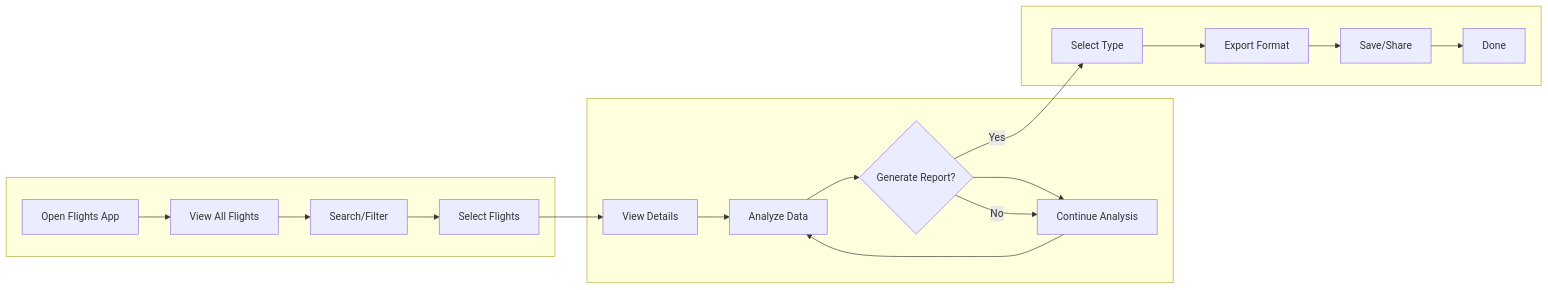
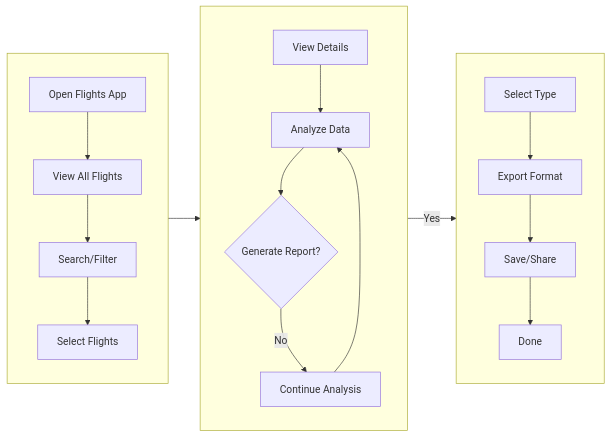
The tenth of 10 diagrams in docs/SEN3781_Assignment4_Information_Architecture_Report.md (RoundRobinHood/cogniflight-cloud), drawn with Mermaid before and after one commit. The commit also changed other lines of this file, not shown here.

Commit message:
improved diagram readability

````diff
--- a/docs/SEN3781_Assignment4_Information_Architecture_Report.md
+++ b/docs/SEN3781_Assignment4_Information_Architecture_Report.md
@@ -478,16 +523,24 @@
 ```mermaid
 flowchart LR
     subgraph row1[" "]
-        A[Open Flights App] --> B[View All Flights] --> C[Search/Filter] --> D[Select Flights]
+        direction TB
+        A[Open Flights App] --> B[View All Flights]
+        B --> C[Search/Filter]
+        C --> D[Select Flights]
     end
     subgraph row2[" "]
-        E[View Details] --> F[Analyze Data] --> G{Generate Report?} --> J[Continue Analysis]
+        direction TB
+        E[View Details] --> F[Analyze Data]
+        F --> G{Generate Report?}
+        G -->|No| J[Continue Analysis]
     end
     subgraph row3[" "]
-        H[Select Type] --> I[Export Format] --> K[Save/Share] --> L[Done]
+        direction TB
+        H[Select Type] --> I[Export Format]
+        I --> K[Save/Share]
+        K --> L[Done]
     end
     D --> E
     G -->|Yes| H
-    G -->|No| J
     J --> F
 ```
````
